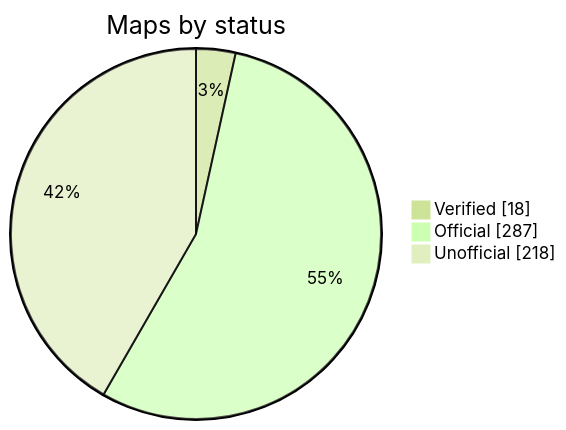
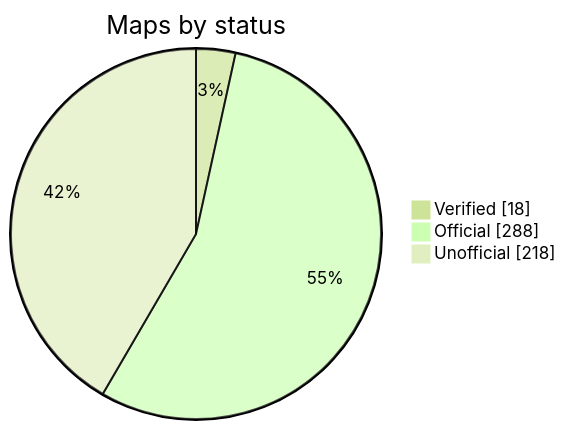
Before and after one commit to nobrega8/mbmap-library: the diagram in README.md, drawn with Mermaid (forest theme). The commit also changed 5 other files, not shown here.

````diff
--- a/README.md
+++ b/README.md
@@ -52,7 +52,7 @@
 ```mermaid
 pie showData
     title Maps by status
     "Verified" : 18
-    "Official" : 287
+    "Official" : 288
     "Unofficial" : 218
 ```
````
